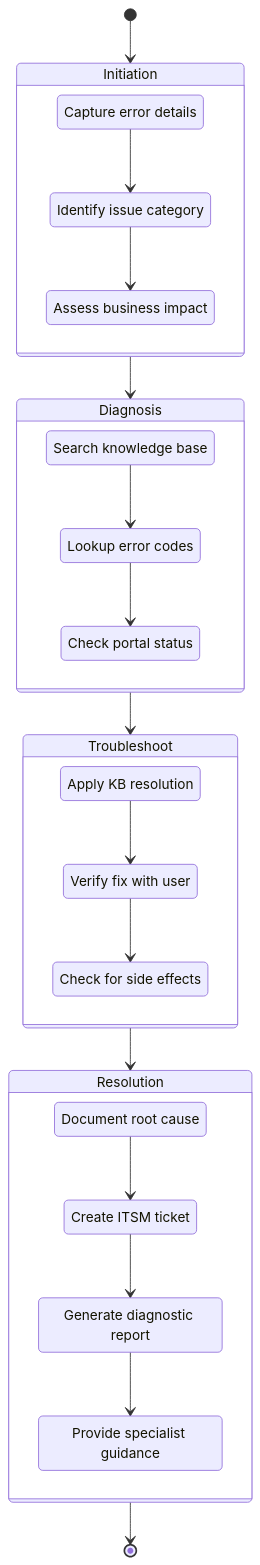
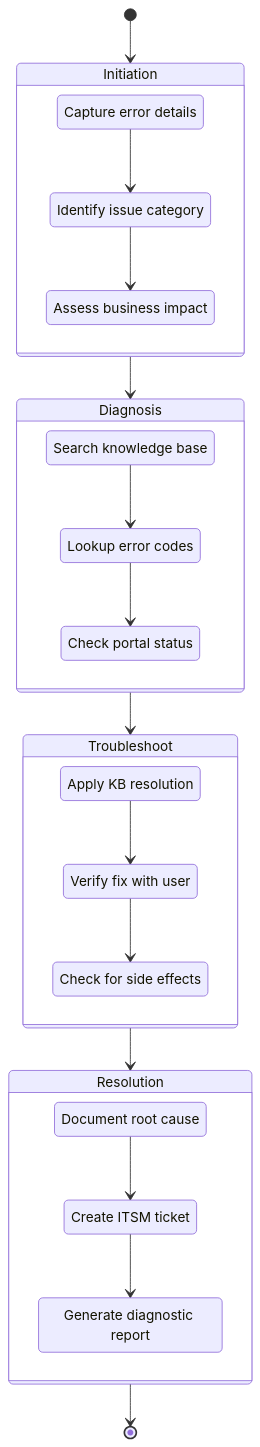
The eighth of 10 diagrams in docs/architecture-diagrams.md (vigneshbarani24/resolve-vigil), drawn with Mermaid before and after one commit. The commit also changed other lines of this file and 19 other files, not shown here.

````diff
--- a/docs/architecture-diagrams.md
+++ b/docs/architecture-diagrams.md
@@ -429,46 +401,44 @@
 ```mermaid
 stateDiagram-v2
     [*] --> Initiation
 
     state Initiation {
         i1: Capture error details
         i2: Identify issue category
         i3: Assess business impact
         i1 --> i2
         i2 --> i3
     }
 
     Initiation --> Diagnosis
 
     state Diagnosis {
         d1: Search knowledge base
         d2: Lookup error codes
         d3: Check portal status
         d1 --> d2
         d2 --> d3
     }
 
     Diagnosis --> Troubleshoot
 
     state Troubleshoot {
         t1: Apply KB resolution
         t2: Verify fix with user
         t3: Check for side effects
         t1 --> t2
         t2 --> t3
     }
 
     Troubleshoot --> Resolution
 
     state Resolution {
         r1: Document root cause
         r2: Create ITSM ticket
         r3: Generate diagnostic report
-        r4: Provide specialist guidance
         r1 --> r2
         r2 --> r3
-        r3 --> r4
     }
 
     Resolution --> [*]
 ```
````
